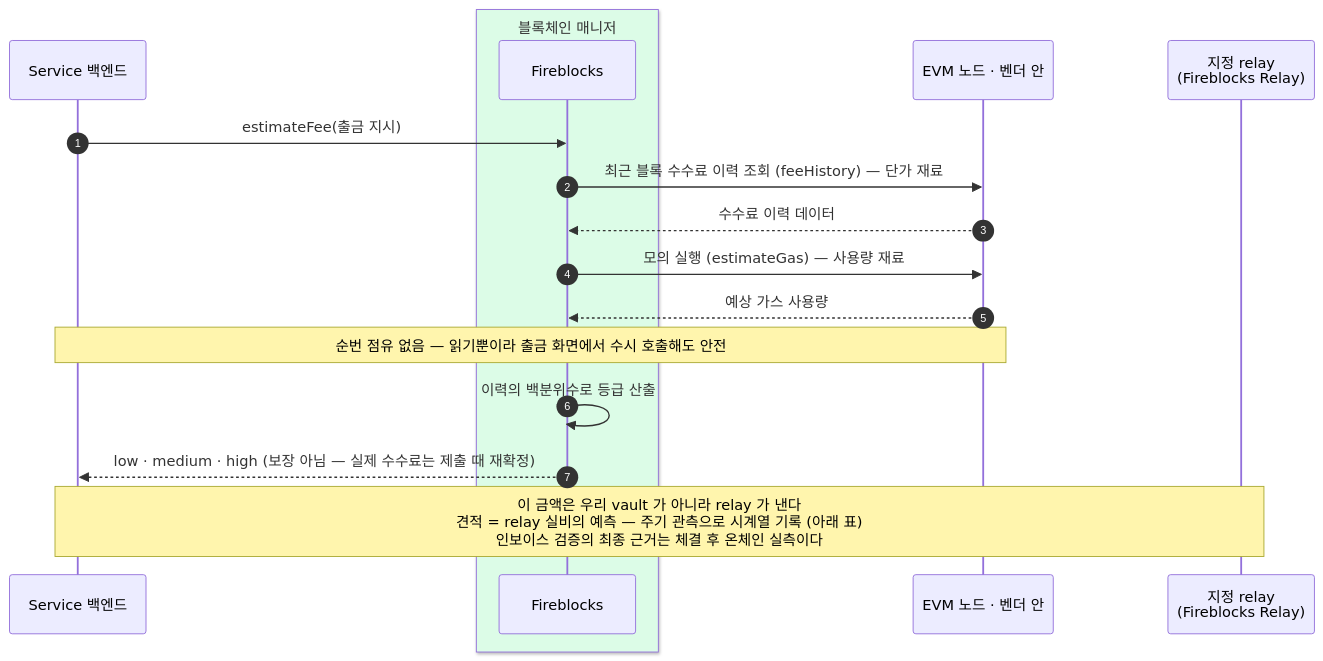
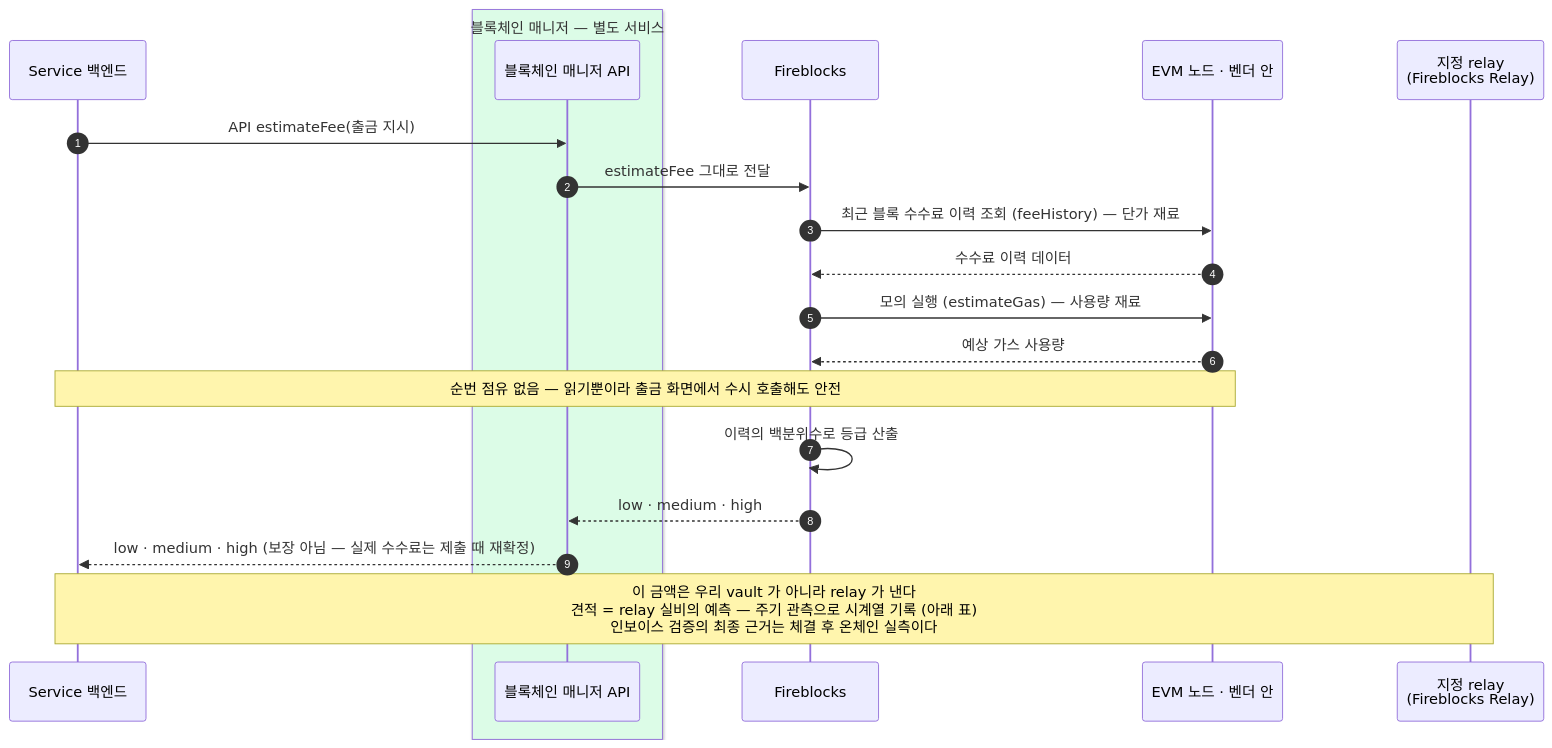
The diagram in blockchain-manager/docs/설계/07-estimate-fee.md (eunsujeo/eunpus), drawn with Mermaid before and after one commit. The commit also changed other lines of this file and 10 other files, not shown here.

First line of the commit message:
칸반 문서: 아키텍처 경계 전면 전환 — 포트/어댑터 → 매니저 API + 웹소켓

````diff
--- a/blockchain-manager/docs/설계/07-estimate-fee.md
+++ b/blockchain-manager/docs/설계/07-estimate-fee.md
@@ -16,20 +16,23 @@
 ```mermaid
 sequenceDiagram
     autonumber
     participant BE as Service 백엔드
-    box rgb(220,252,231) 블록체인 매니저
+    box rgb(220,252,231) 블록체인 매니저 — 별도 서비스
+    participant BM as 블록체인 매니저 API
+    end
     participant FB as Fireblocks
-    end
     participant CH as EVM 노드 · 벤더 안
     participant RL as 지정 relay<br/>(Fireblocks Relay)
 
-    BE->>FB: estimateFee(출금 지시)
+    BE->>BM: API estimateFee(출금 지시)
+    BM->>FB: estimateFee 그대로 전달
     FB->>CH: 최근 블록 수수료 이력 조회 (feeHistory) — 단가 재료
     CH-->>FB: 수수료 이력 데이터
     FB->>CH: 모의 실행 (estimateGas) — 사용량 재료
     CH-->>FB: 예상 가스 사용량
     Note over BE,CH: 순번 점유 없음 — 읽기뿐이라 출금 화면에서 수시 호출해도 안전
     FB->>FB: 이력의 백분위수로 등급 산출
-    FB-->>BE: low · medium · high (보장 아님 — 실제 수수료는 제출 때 재확정)
+    FB-->>BM: low · medium · high
+    BM-->>BE: low · medium · high (보장 아님 — 실제 수수료는 제출 때 재확정)
     Note over BE,RL: 이 금액은 우리 vault 가 아니라 relay 가 낸다<br/>견적 = relay 실비의 예측 — 주기 관측으로 시계열 기록 (아래 표)<br/>인보이스 검증의 최종 근거는 체결 후 온체인 실측이다
 ```
````
